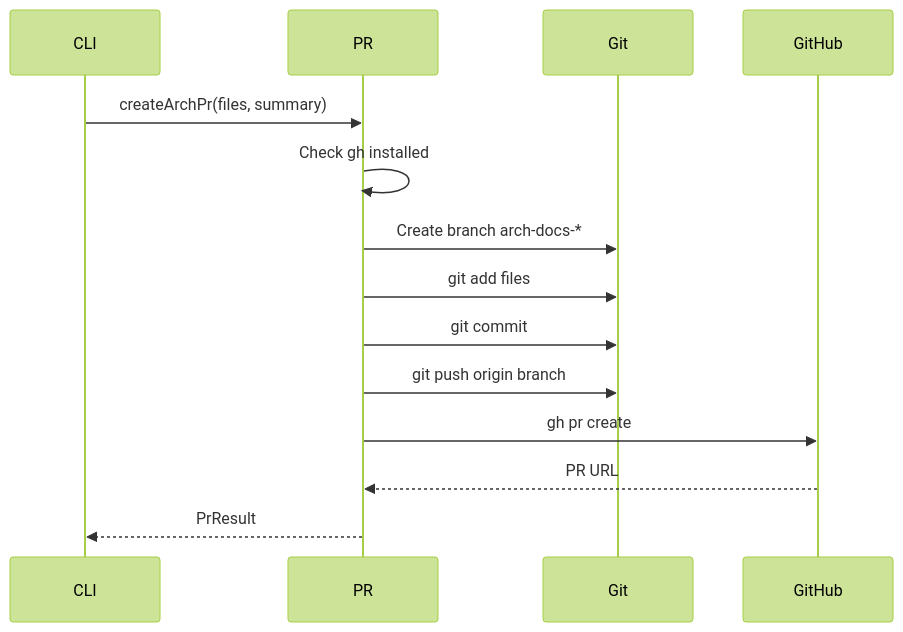
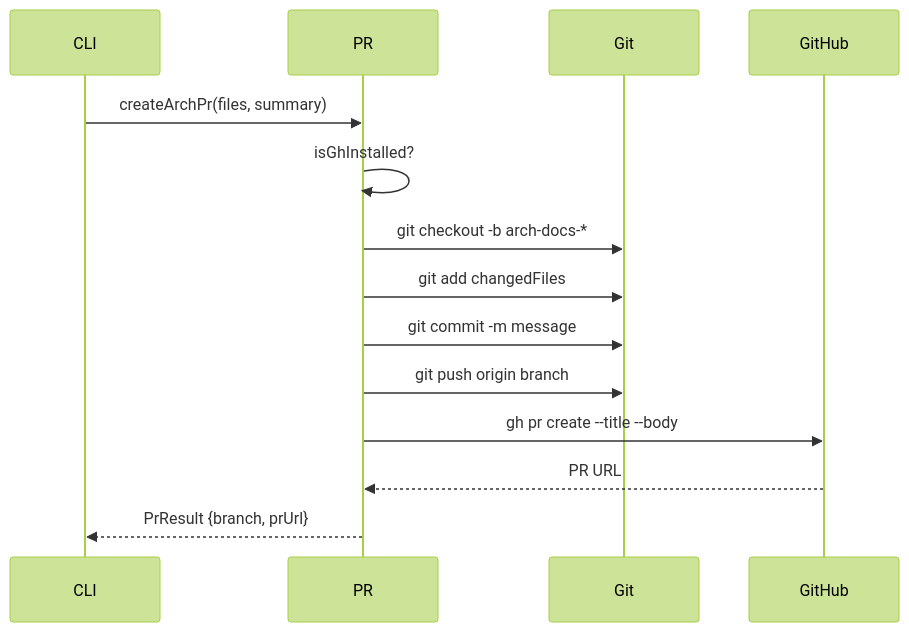
One commit to sergical/repo-architect changed the diagram in docs/architecture/modules/pr-creator.md. Above: the diagram before and after it, drawn with Mermaid (forest theme). The commit also changed other lines of this file and 8 other files, not shown here.

First line of the commit message:
Update architecture docs and fix model name in cost estimation

````diff
--- a/docs/architecture/modules/pr-creator.md
+++ b/docs/architecture/modules/pr-creator.md
@@ -16,17 +16,16 @@
 ```mermaid
 sequenceDiagram
     participant CLI
     participant PR
     participant Git
     participant GitHub
-    
     CLI->>PR: createArchPr(files, summary)
-    PR->>PR: Check gh installed
-    PR->>Git: Create branch arch-docs-*
-    PR->>Git: git add files
-    PR->>Git: git commit
+    PR->>PR: isGhInstalled?
+    PR->>Git: git checkout -b arch-docs-*
+    PR->>Git: git add changedFiles
+    PR->>Git: git commit -m message
     PR->>Git: git push origin branch
-    PR->>GitHub: gh pr create
+    PR->>GitHub: gh pr create --title --body
     GitHub-->>PR: PR URL
-    PR-->>CLI: PrResult
+    PR-->>CLI: PrResult {branch, prUrl}
 ```
````
